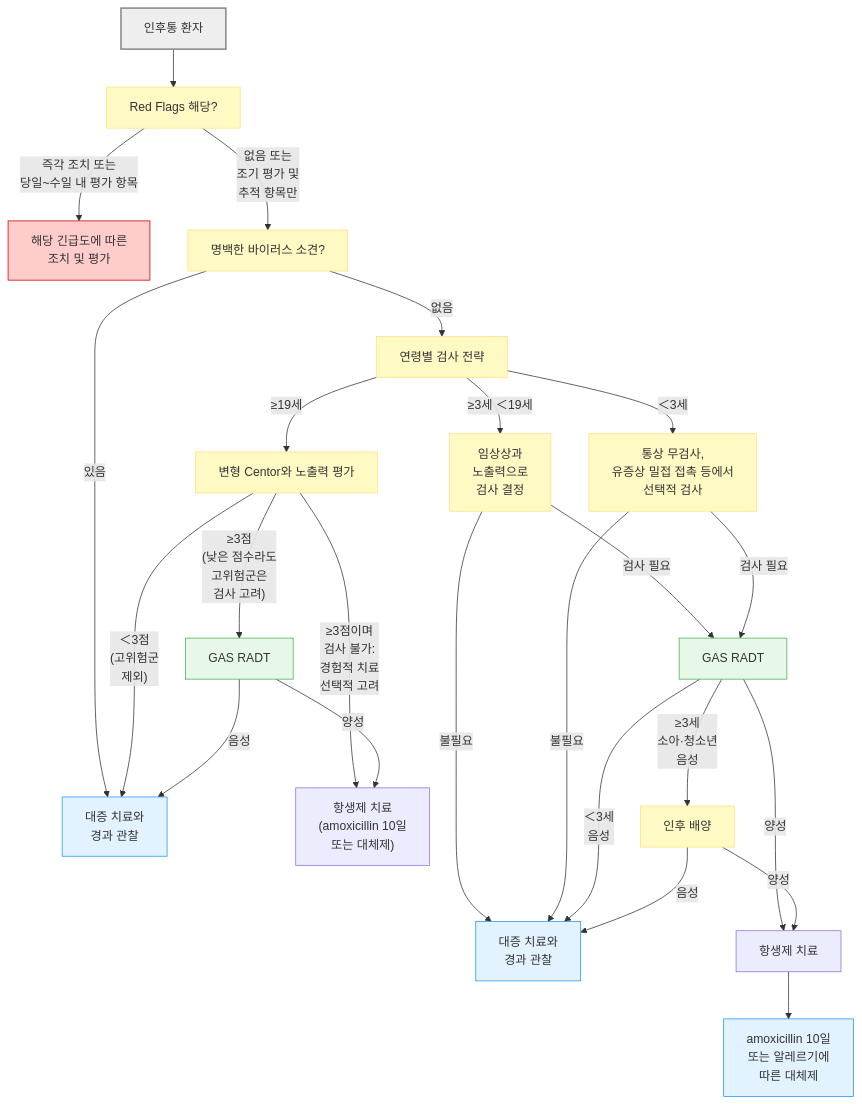
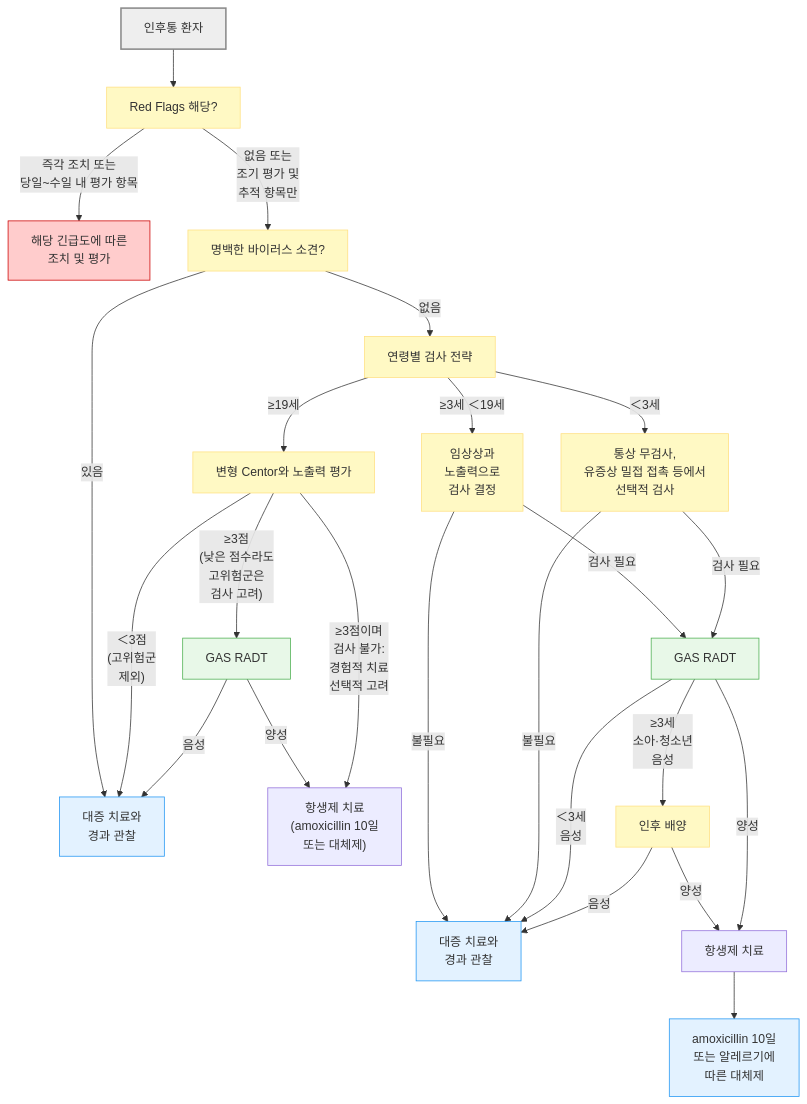
Before and after one commit to familyoh77/familyoh77: the diagram in 223_/061_-acute-pharyngitis.md, drawn with Mermaid. The commit also changed other lines of this file, not shown here.

````diff
--- a/223_/061_-acute-pharyngitis.md
+++ b/223_/061_-acute-pharyngitis.md
@@ -175,35 +175,34 @@
 ```mermaid
 graph TD
     A["인후통 환자"] --> B["Red Flags 해당?"]
     B -->|"즉각 조치 또는 <br/>당일~수일 내 평가 항목"| C["해당 긴급도에 따른 <br/>조치 및 평가"]
     B -->|"없음 또는 <br/>조기 평가 및 <br/>추적 항목만"| D["명백한 바이러스 소견?"]
     D -->|있음| E0["대증 치료와 <br/>경과 관찰"]
     D -->|없음| F["연령별 검사 전략"]
     F -->|≥19세| G["변형 Centor와 노출력 평가"]
     G -->|"＜3점<br/>(고위험군 <br/>제외)"| E0
     G -->|"≥3점<br/>(낮은 점수라도 <br/>고위험군은 <br/>검사 고려)"| H0["GAS RADT"]
-    G -->|"≥3점이며 <br/>검사 불가: <br/>경험적 치료 <br/>선택적 고려"| I0["항생제 치료 <br/>(amoxicillin 10일 <br/>또는 대체제)"]
-    H0 -->|양성| I0
+    H0 -->|양성| I0["항생제 치료 <br/>(amoxicillin 10일 <br/>또는 대체제)"]
+    G -->|"≥3점이며 <br/>검사 불가: <br/>경험적 치료 <br/>선택적 고려"| I0
     H0 -->|음성| E0
     F -->|"≥3세 ＜19세"| J["임상상과 <br/>노출력으로 <br/>검사 결정"]
     J -->|검사 필요| H["GAS RADT"]
     J -->|불필요| E["대증 치료와 <br/>경과 관찰"]
     F -->|＜3세| K["통상 무검사, <br/>유증상 밀접 접촉 등에서 <br/>선택적 검사"]
     K -->|검사 필요| H
     K -->|불필요| E
-    H -->|양성| I["항생제 치료"]
     H -->|"＜3세 <br/>음성"| E
     H -->|"≥3세 <br/>소아·청소년 <br/>음성"| L["인후 배양"]
-    L -->|양성| I
+    L -->|양성| I["항생제 치료"]
+    H -->|양성| I
     L -->|음성| E
     I --> M["amoxicillin 10일 <br/>또는 알레르기에 <br/>따른 대체제"]
-
     style A fill:#eeeeee,stroke:#888888,stroke-width:2px
     classDef y fill:#fff9c4,stroke:#ffe082
     class B,D,F,G,J,K,L y
     style C fill:#ffcccc,stroke:#cc0000
     classDef p fill:#e3f2ff,stroke:#2196f3
     class E,E0,M p
     classDef lightGreen fill:#e8f8e8,stroke:#4caf50
     class H,H0 lightGreen
 ```
````
